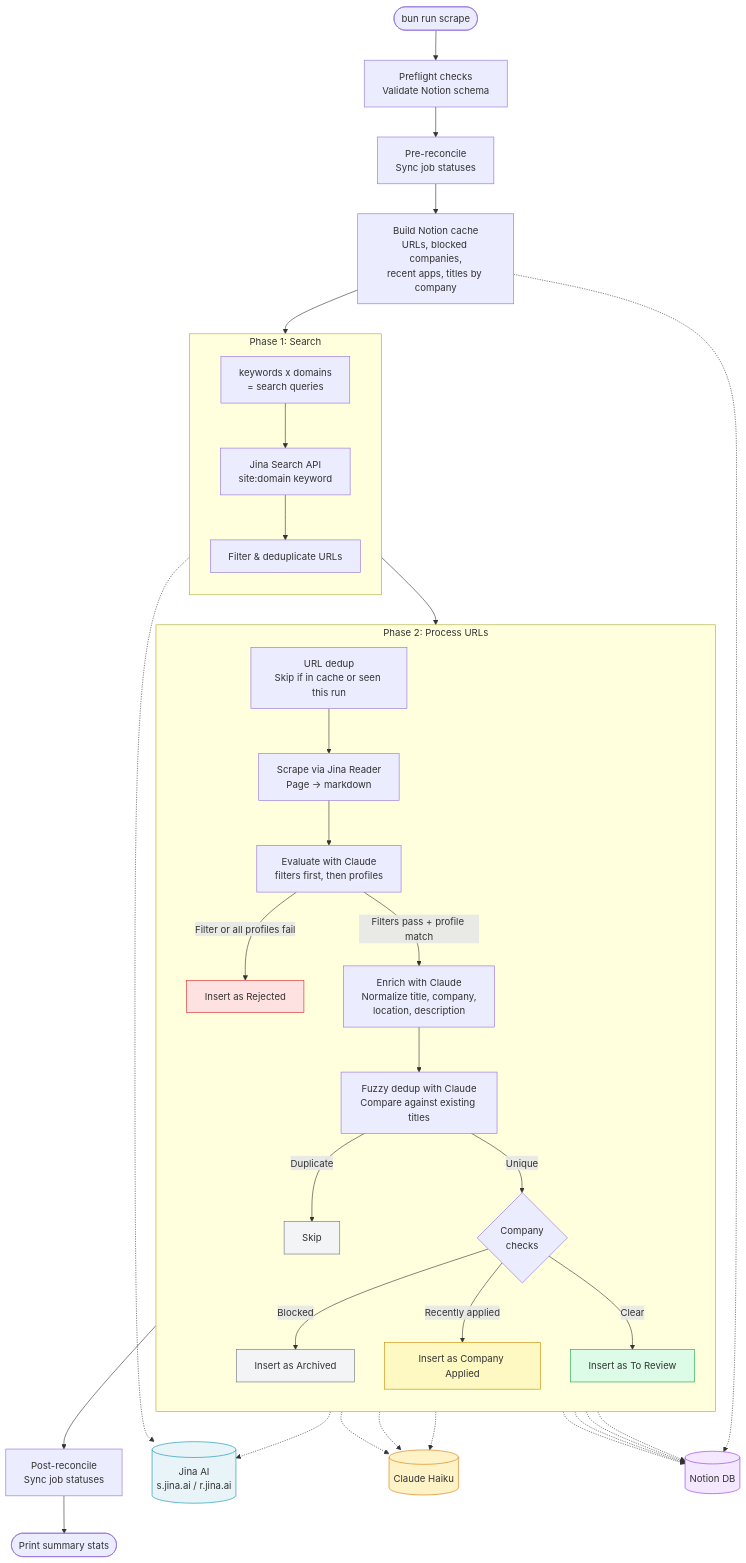
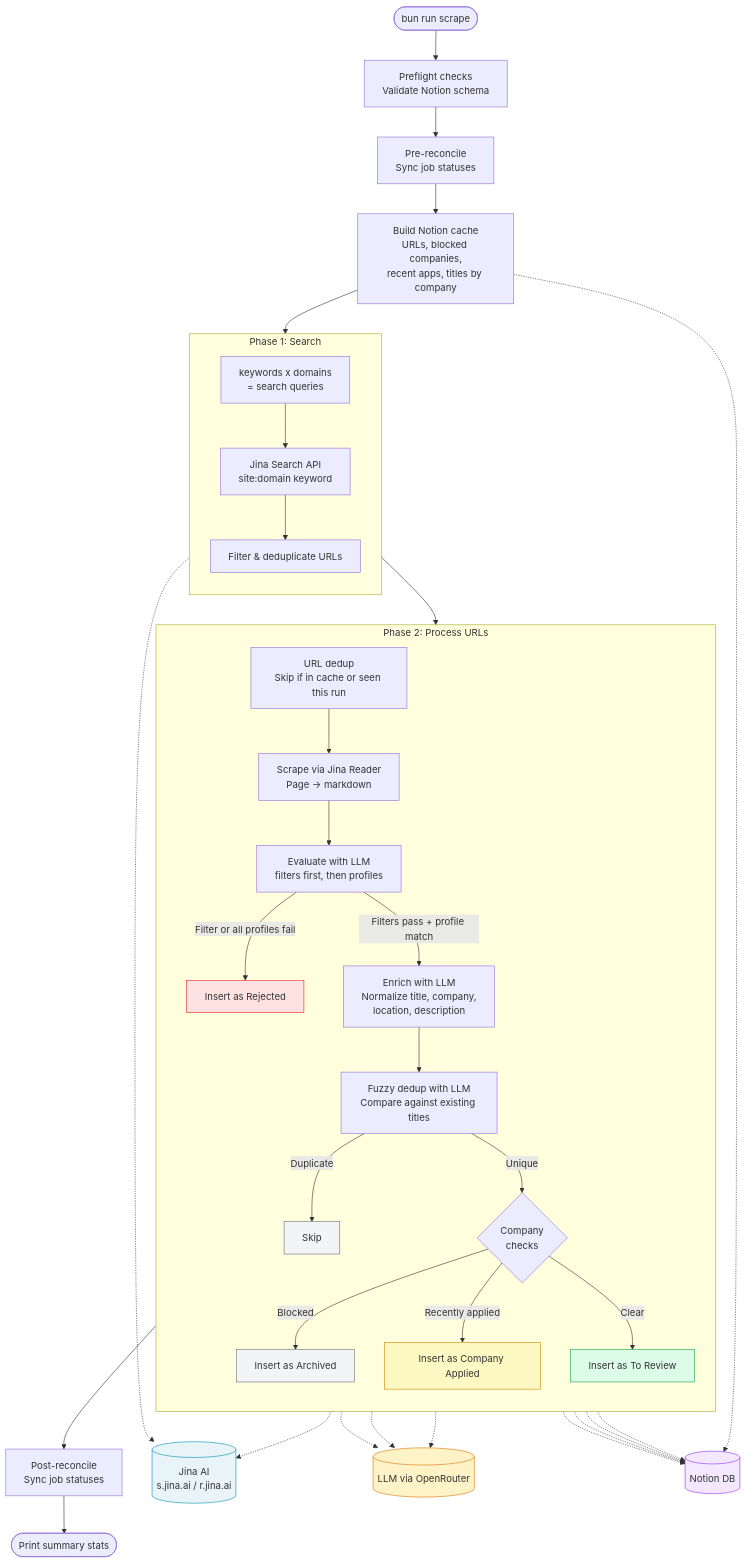
One commit to mauricedesaxe/job-finder changed the diagram in README.md. Above: the diagram before and after it, drawn with Mermaid. The commit also changed other lines of this file and 17 other files, not shown here.

````diff
--- a/README.md
+++ b/README.md
@@ -119,54 +120,54 @@
 ```mermaid
 flowchart TD
     Start([bun run scrape]) --> Preflight[Preflight checks\nValidate Notion schema]
     Preflight --> PreReconcile[Pre-reconcile\nSync job statuses]
     PreReconcile --> Cache[Build Notion cache\nURLs, blocked companies,\nrecent apps, titles by company]
     Cache --> Search
 
     subgraph Search [Phase 1: Search]
         direction TB
         Keywords[keywords x domains\n= search queries] --> JinaSearch
         JinaSearch[Jina Search API\nsite:domain keyword]
         JinaSearch --> Dedup1[Filter & deduplicate URLs]
     end
 
     Search --> Process
 
     subgraph Process [Phase 2: Process URLs]
         direction TB
         P1[URL dedup\nSkip if in cache or seen this run]
         P1 --> P2[Scrape via Jina Reader\nPage → markdown]
-        P2 --> P3[Evaluate with Claude\nfilters first, then profiles]
+        P2 --> P3[Evaluate with LLM\nfilters first, then profiles]
         P3 -->|Filter or all profiles fail| Rejected[Insert as Rejected]
-        P3 -->|Filters pass + profile match| P4[Enrich with Claude\nNormalize title, company,\nlocation, description]
-        P4 --> P5[Fuzzy dedup with Claude\nCompare against existing titles]
+        P3 -->|Filters pass + profile match| P4[Enrich with LLM\nNormalize title, company,\nlocation, description]
+        P4 --> P5[Fuzzy dedup with LLM\nCompare against existing titles]
         P5 -->|Duplicate| Skip1[Skip]
         P5 -->|Unique| P6{Company\nchecks}
         P6 -->|Blocked| Archive[Insert as Archived]
         P6 -->|Recently applied| CompApp[Insert as Company Applied]
         P6 -->|Clear| Insert[Insert as To Review]
     end
 
     Process --> PostReconcile[Post-reconcile\nSync job statuses]
     PostReconcile --> Summary([Print summary stats])
 
     JinaSearch -.-> Jina[(Jina AI\ns.jina.ai / r.jina.ai)]
     P2 -.-> Jina
-    P3 -.-> Claude[(Claude Haiku)]
-    P4 -.-> Claude
-    P5 -.-> Claude
+    P3 -.-> LLM[(LLM via OpenRouter)]
+    P4 -.-> LLM
+    P5 -.-> LLM
     Insert -.-> Notion[(Notion DB)]
     Rejected -.-> Notion
     Archive -.-> Notion
     CompApp -.-> Notion
     Cache -.-> Notion
 
     style Jina fill:#e8f4f8,stroke:#0891b2
-    style Claude fill:#fef3c7,stroke:#d97706
+    style LLM fill:#fef3c7,stroke:#d97706
     style Notion fill:#f3e8ff,stroke:#9333ea
     style Rejected fill:#fee2e2,stroke:#dc2626
     style Skip1 fill:#f3f4f6,stroke:#6b7280
     style Archive fill:#f3f4f6,stroke:#6b7280
     style Insert fill:#dcfce7,stroke:#16a34a
     style CompApp fill:#fef9c3,stroke:#ca8a04
 ```
````
